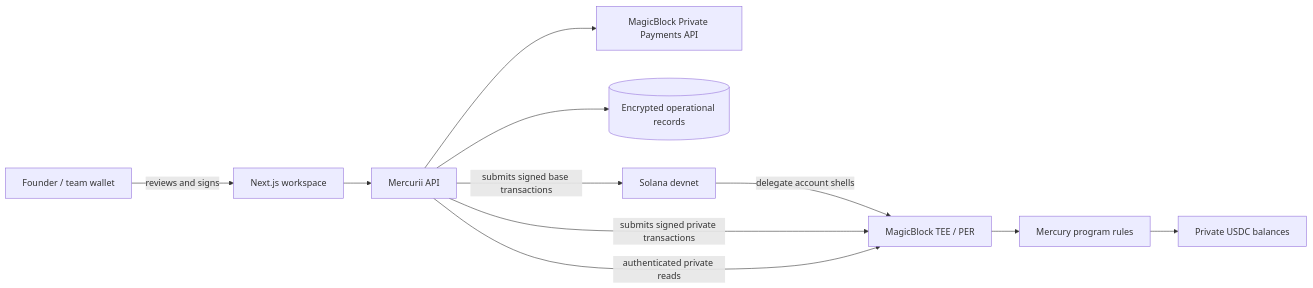
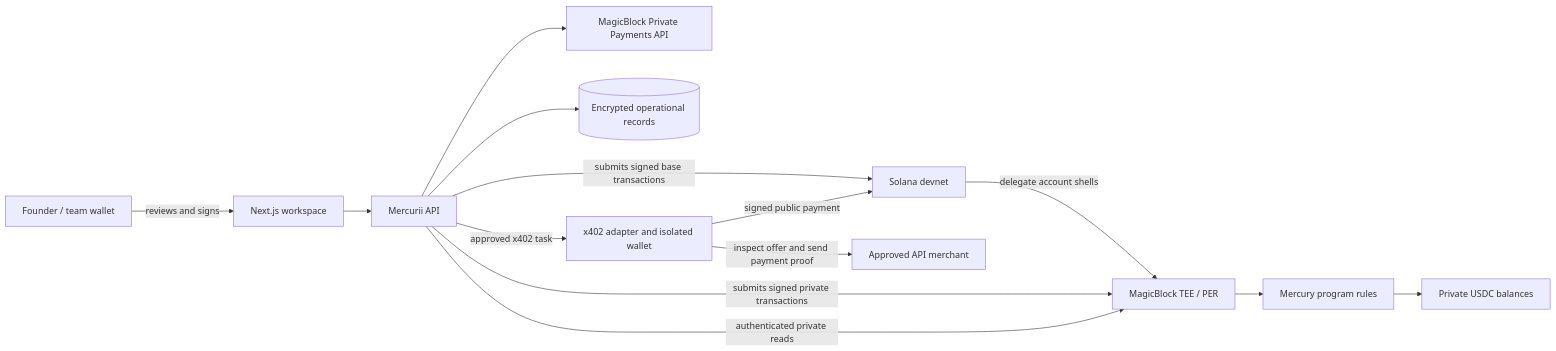
The second of 2 diagrams in README.md (shumhn/mercurii), drawn with Mermaid before and after one commit. The commit also changed other lines of this file, not shown here.

````diff
--- a/README.md
+++ b/README.md
@@ -196,13 +201,16 @@
 ```mermaid
 flowchart LR
     W[Founder / team wallet] -->|reviews and signs| UI[Next.js workspace]
     UI --> API[Mercurii API]
     API --> MB[MagicBlock Private Payments API]
     API --> DB[(Encrypted operational records)]
     API -->|submits signed base transactions| S[Solana devnet]
     S -->|delegate account shells| PER[MagicBlock TEE / PER]
     API -->|submits signed private transactions| PER
     API -->|authenticated private reads| PER
     PER --> P[Mercury program rules]
     P --> T[Private USDC balances]
+    API -->|approved x402 task| X[x402 adapter and isolated wallet]
+    X -->|inspect offer and send payment proof| M[Approved API merchant]
+    X -->|signed public payment| S
 ```
````
